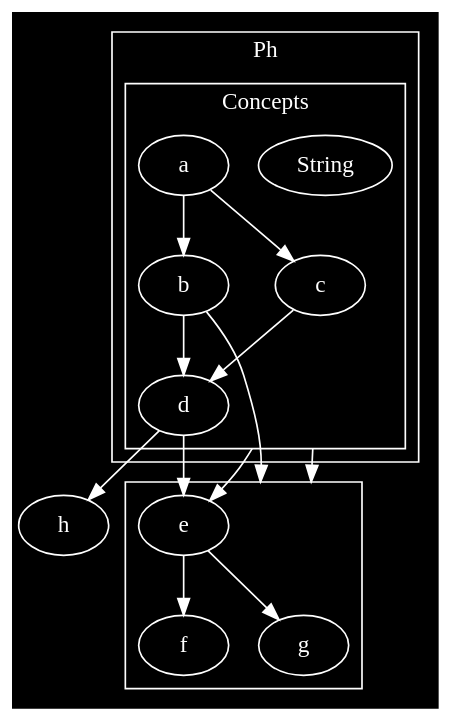
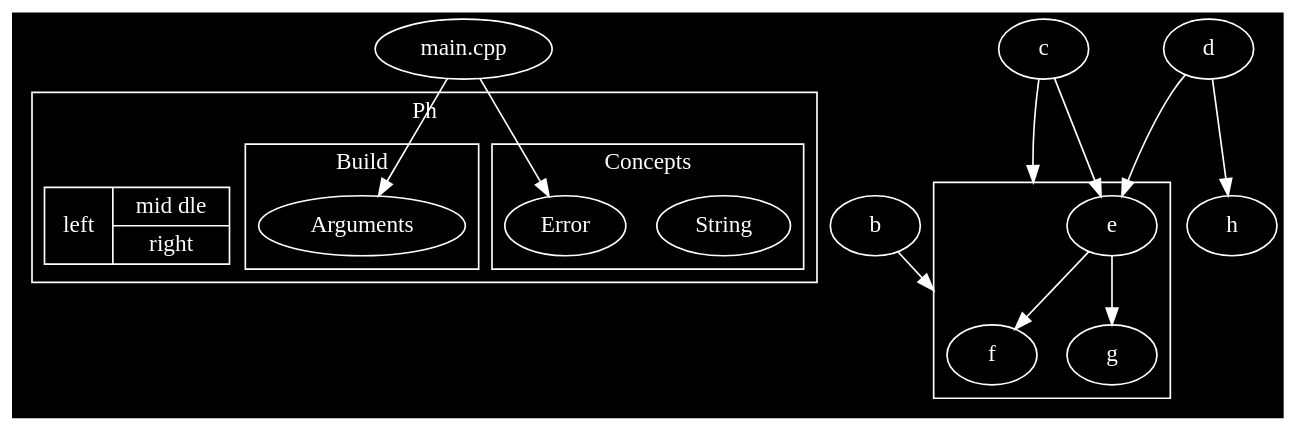
The first of 9 diagrams in README.md (phiwen96/ph), drawn with Graphviz before and after one commit.

````diff
--- a/README.md
+++ b/README.md
@@ -36,37 +36,50 @@
 ```graphviz
 digraph G 
 {
 	compound=true;
 	graph [bgcolor=black fontcolor=white color=white];
 	node [fillcolor=black style=filled color=white fontcolor=white];
 	edge [color=white fontcolor=white];
 
 	subgraph cluster0
 	{
 		label = "Ph"
-		
-		subgraph cluster1 
+
+		struct1 [shape=record,label="<f0> left|{<f1> mid\ dle|<f2> right}"];
+
+		subgraph cluster00 
 		{
 			label = "Concepts"
+
 			"String";
-			a -> b;
-			a -> c;
-			b -> d;
-			c -> d;
+			"Error";
+		}
+
+		subgraph cluster01
+		{
+			label = "Build"
+
+			"Arguments";
+			
 		}
 	}
 
+	"main.cpp" -> "Arguments"
+	"main.cpp" -> "Error"
+
+
+	
 	
 	subgraph cluster2
 	{
 		e -> g;
 		e -> f;
 	}
 	b -> f [lhead=cluster2];
 	d -> e;
 	c -> g [ltail=cluster1,
 	lhead=cluster2];
 	c -> e [ltail=cluster1];
 	d -> h;
 }
 ```
````
